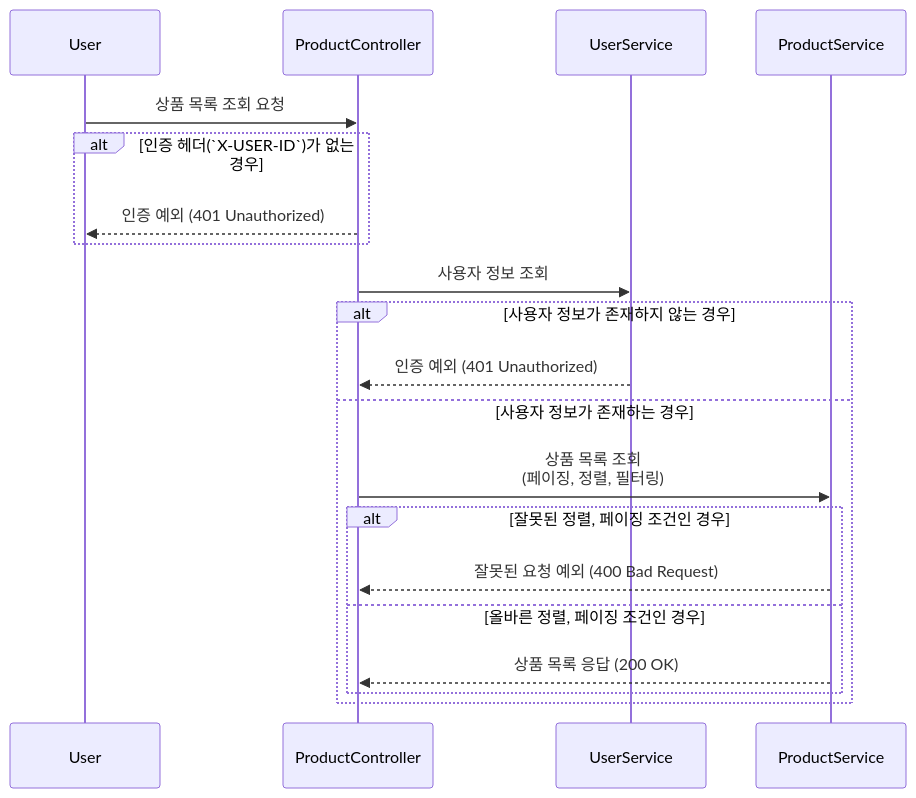
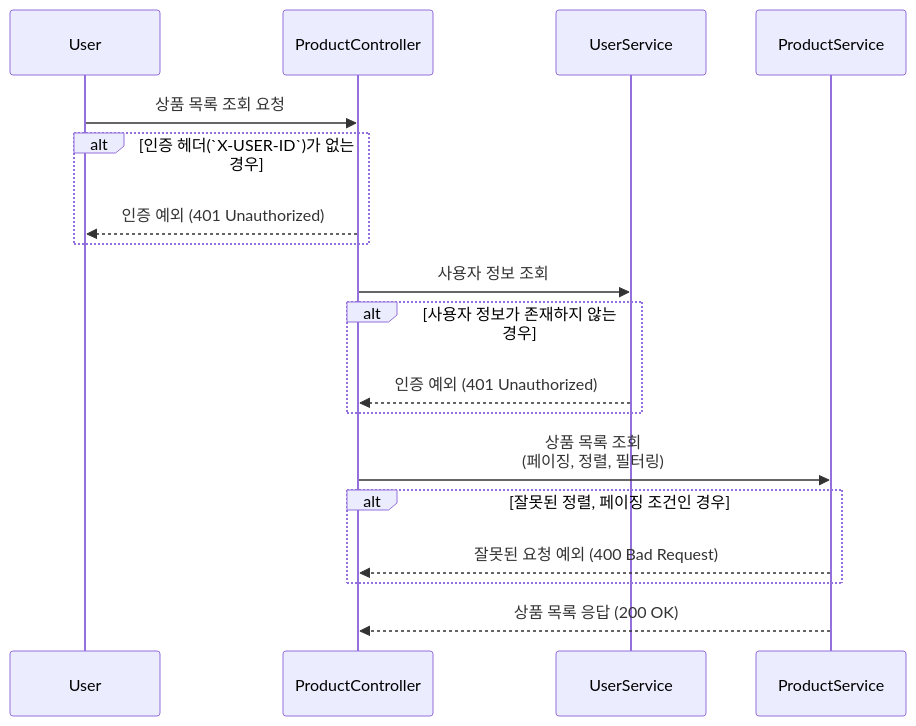
Before and after one commit to kiekk/gamsung-commerce: the first of 3 diagrams in docs/design/02-sequence-diagrams/product.md, drawn with Mermaid. The commit also changed other lines of this file, not shown here.

First line of the commit message:
docs: 상품 시퀀스 다이어그램 수정

````diff
--- a/docs/design/02-sequence-diagrams/product.md
+++ b/docs/design/02-sequence-diagrams/product.md
@@ -5,22 +5,20 @@
 ```mermaid
 sequenceDiagram
     participant User
     participant ProductController
     participant UserService
     participant ProductService
     User ->> ProductController: 상품 목록 조회 요청
     alt 인증 헤더(`X-USER-ID`)가 없는 경우
         ProductController -->> User: 인증 예외 (401 Unauthorized)
     end
     ProductController ->> UserService: 사용자 정보 조회
     alt 사용자 정보가 존재하지 않는 경우
         UserService -->> ProductController: 인증 예외 (401 Unauthorized)
-    else 사용자 정보가 존재하는 경우
-        ProductController ->> ProductService: 상품 목록 조회<br/>(페이징, 정렬, 필터링)
-        alt 잘못된 정렬, 페이징 조건인 경우
-            ProductService -->> ProductController: 잘못된 요청 예외 (400 Bad Request)
-        else 올바른 정렬, 페이징 조건인 경우
-            ProductService -->> ProductController: 상품 목록 응답 (200 OK)
-        end
     end
+    ProductController ->> ProductService: 상품 목록 조회<br/>(페이징, 정렬, 필터링)
+    alt 잘못된 정렬, 페이징 조건인 경우
+        ProductService -->> ProductController: 잘못된 요청 예외 (400 Bad Request)
+    end
+    ProductService -->> ProductController: 상품 목록 응답 (200 OK)
 ```
````
